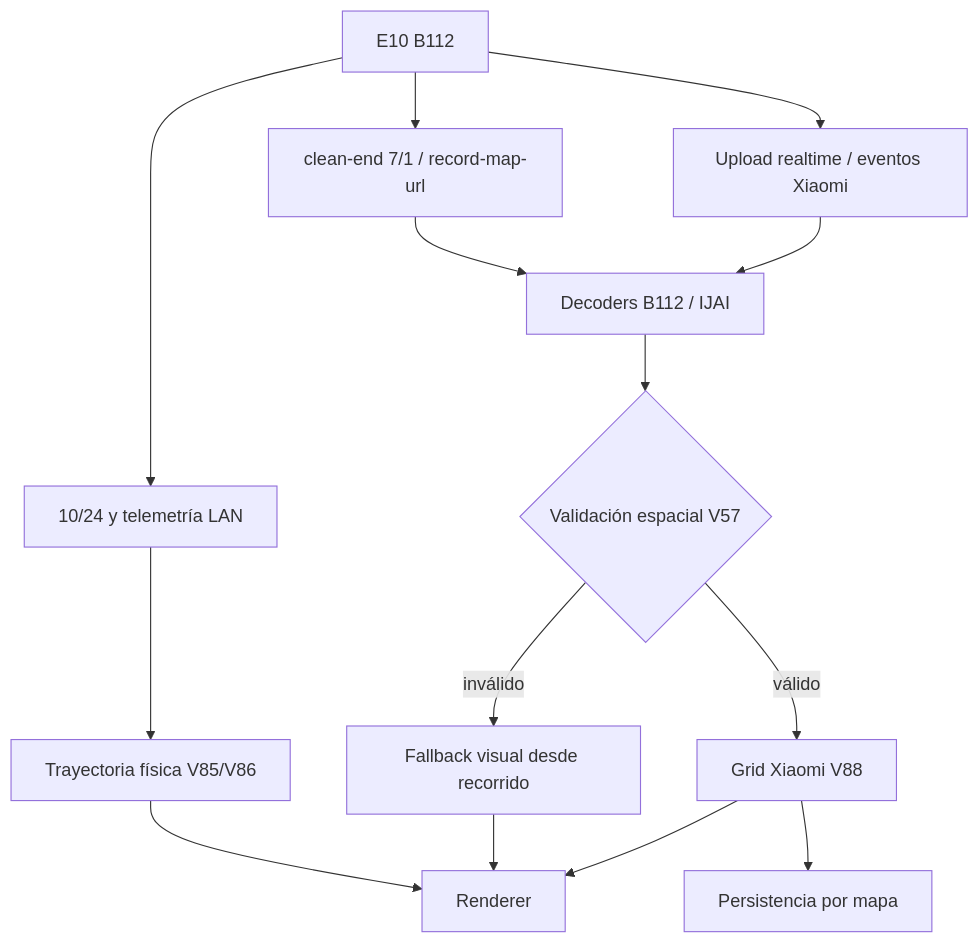
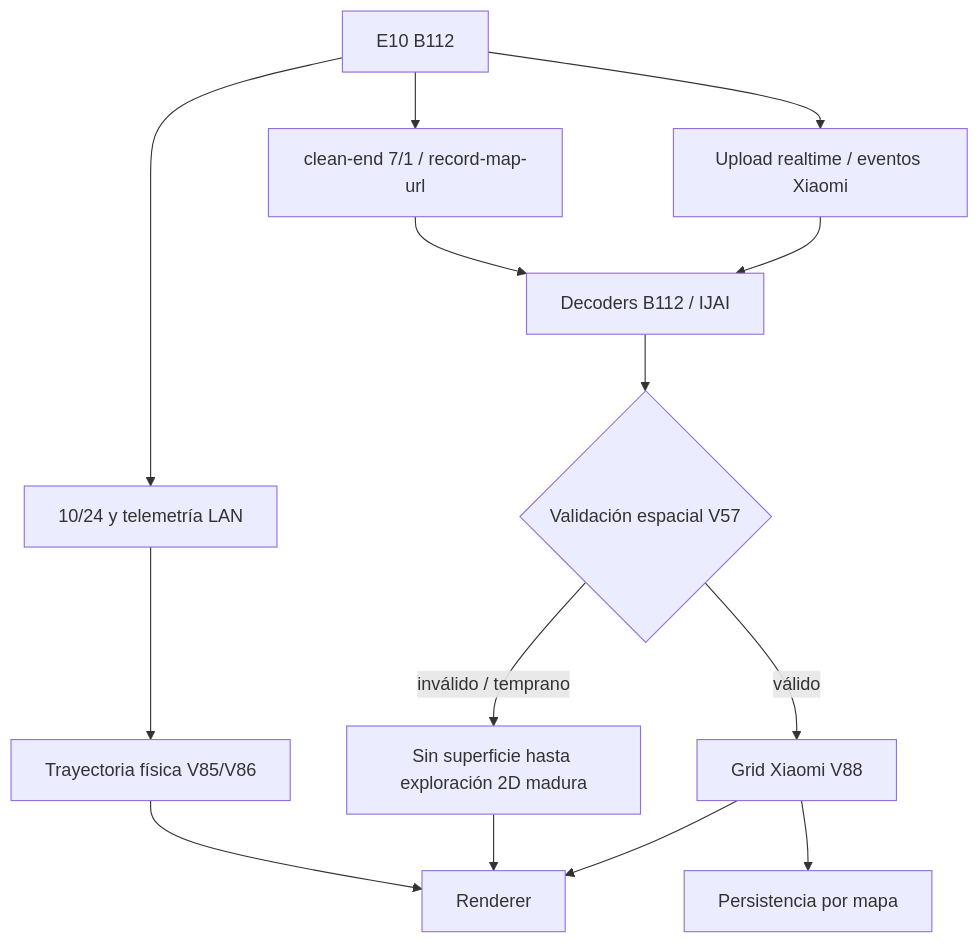
One commit to Yakoderaa/Aspiradora-Xiaomi changed the diagram in docs/MAPPING.md. Above: the diagram before and after it, drawn with Mermaid. The commit also changed other lines of this file and 9 other files, not shown here.

````diff
--- a/docs/MAPPING.md
+++ b/docs/MAPPING.md
@@ -65,16 +71,16 @@
 ```mermaid
 flowchart TD
     A["E10 B112"] --> B["10/24 y telemetría LAN"]
     A --> C["Upload realtime / eventos Xiaomi"]
     A --> D["clean-end 7/1 / record-map-url"]
     C --> E["Decoders B112 / IJAI"]
     D --> E
     E --> F{"Validación espacial V57"}
     F -->|válido| G["Grid Xiaomi V88"]
-    F -->|inválido| H["Fallback visual desde recorrido"]
+    F -->|inválido / temprano| H["Sin superficie hasta exploración 2D madura"]
     B --> I["Trayectoria física V85/V86"]
     G --> J["Renderer"]
     H --> J
     I --> J
     G --> K["Persistencia por mapa"]
 ```
````
